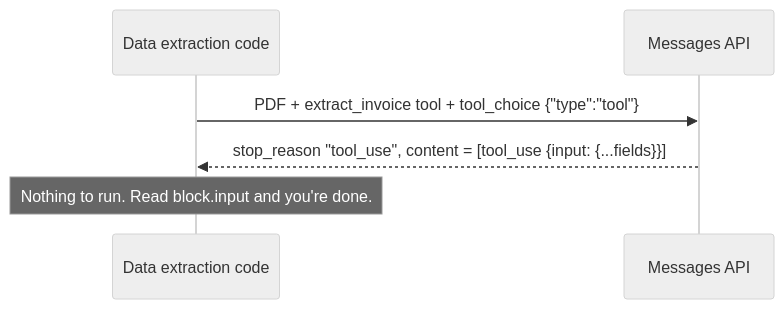
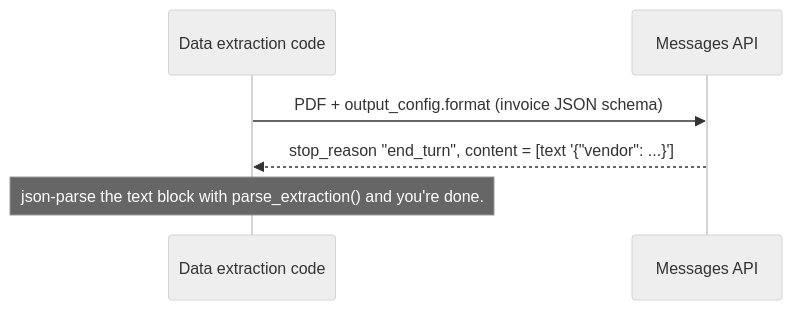
The diagram in README.md (mirie/messages_batch_ex), drawn with Mermaid (neutral theme) before and after one commit. The commit also changed other lines of this file and 8 other files, not shown here.

First line of the commit message:
Switch extraction from a forced tool to JSON outputs (output_config.format)

````diff
--- a/README.md
+++ b/README.md
@@ -81,8 +84,8 @@
 ```mermaid
 sequenceDiagram
     participant Code as Data extraction code
     participant API as Messages API
-    Code->>API: PDF + extract_invoice tool + tool_choice {"type":"tool"}
-    API-->>Code: stop_reason "tool_use", content = [tool_use {input: {...fields}}]
-    Note over Code: Nothing to run. Read block.input and you're done.
+    Code->>API: PDF + output_config.format (invoice JSON schema)
+    API-->>Code: stop_reason "end_turn", content = [text '{"vendor": ...}']
+    Note over Code: json-parse the text block with parse_extraction() and you're done.
 ```
````
